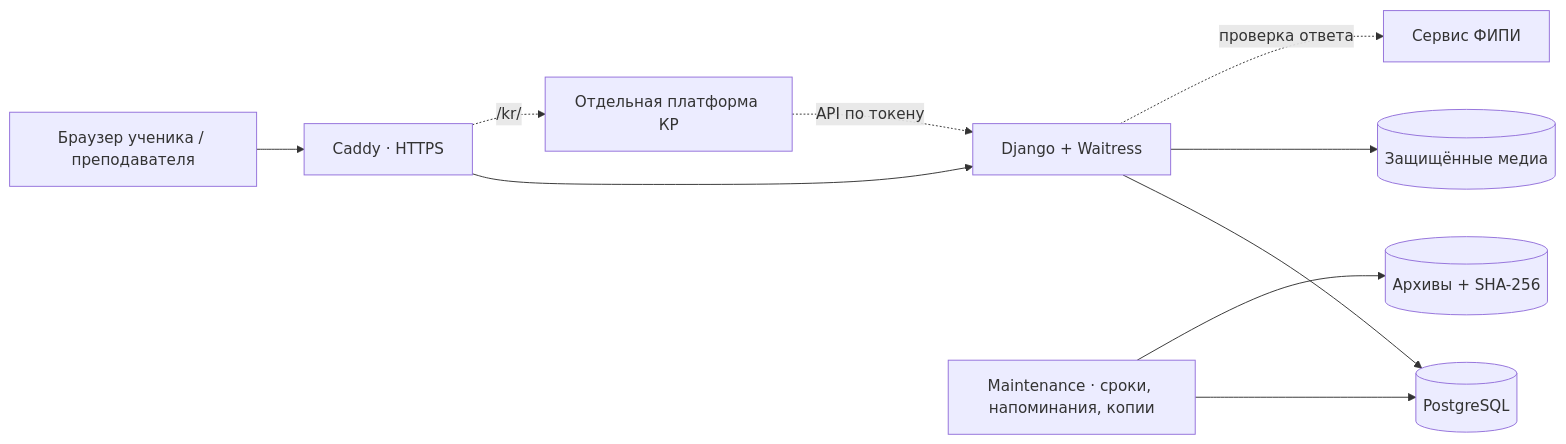
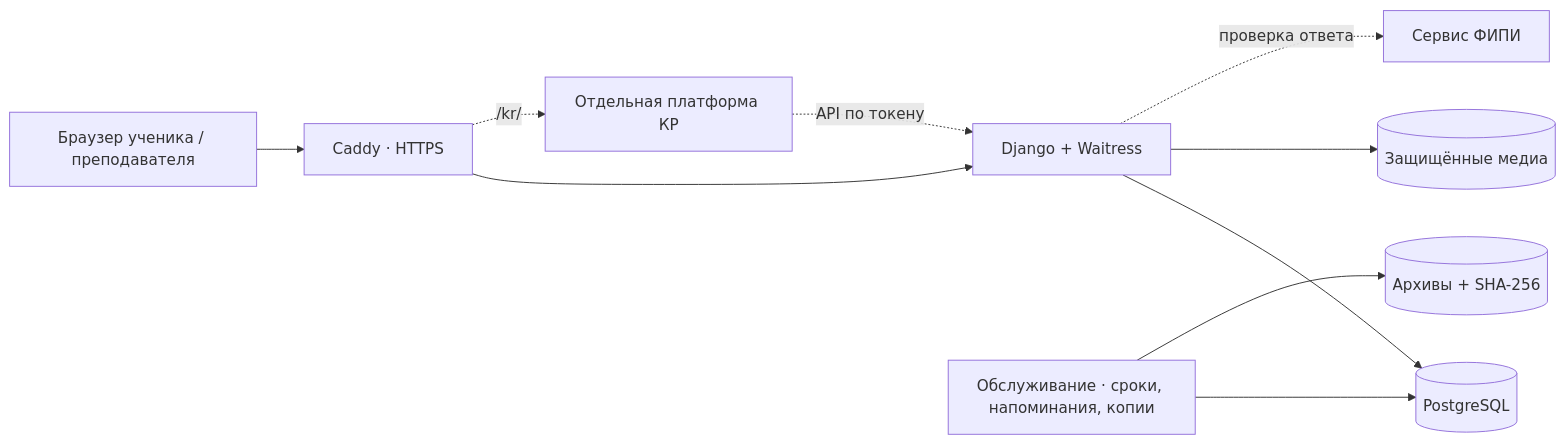
One commit to MrFerrumL/infocode changed the diagram in README.md. Above: the diagram before and after it, drawn with Mermaid. The commit also changed other lines of this file and 3 other files, not shown here.

````diff
--- a/README.md
+++ b/README.md
@@ -83,12 +83,12 @@
 ```mermaid
 flowchart LR
     Browser["Браузер ученика / преподавателя"] --> Caddy["Caddy · HTTPS"]
     Caddy --> Web["Django + Waitress"]
     Web --> DB[("PostgreSQL")]
     Web --> Media[("Защищённые медиа")]
-    Maintenance["Maintenance · сроки, напоминания, копии"] --> DB
+    Maintenance["Обслуживание · сроки, напоминания, копии"] --> DB
     Maintenance --> Backup[("Архивы + SHA-256")]
     Web -. "проверка ответа" .-> FIPI["Сервис ФИПИ"]
     Caddy -. "/kr/" .-> KR["Отдельная платформа КР"]
     KR -. "API по токену" .-> Web
 ```
````
